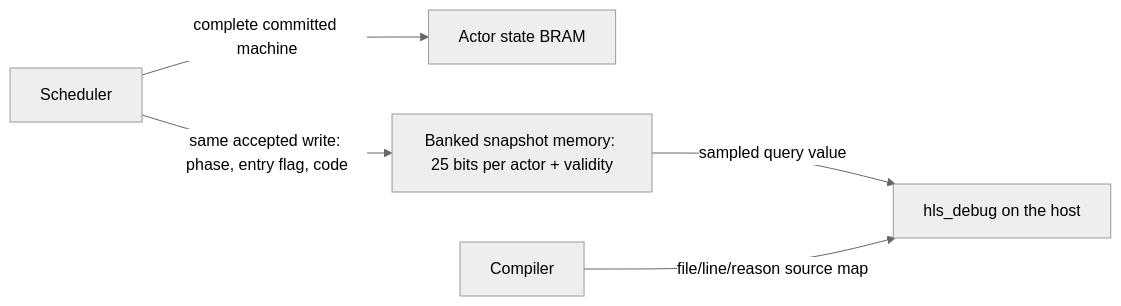
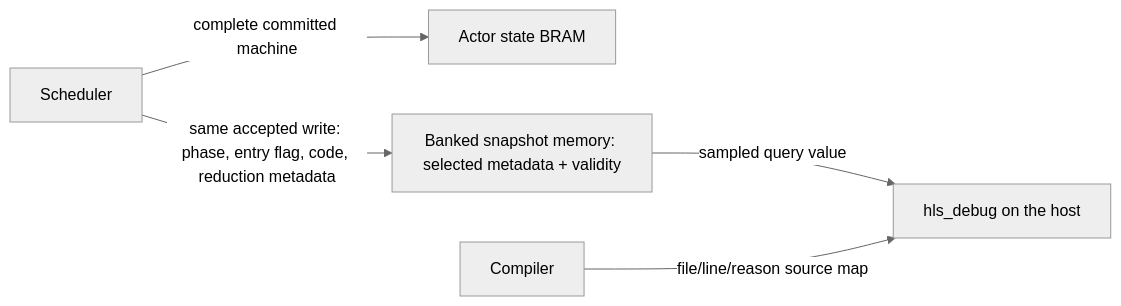
The diagram in docs/topology-debug.md (ecpeterson/erl_hls), drawn with Mermaid (neutral theme) before and after one commit. The commit also changed other lines of this file and 34 other files, not shown here.

````diff
--- a/docs/topology-debug.md
+++ b/docs/topology-debug.md
@@ -107,7 +107,7 @@
 ```mermaid
 flowchart LR
     Scheduler -->|complete committed machine| BRAM[Actor state BRAM]
-    Scheduler -->|same accepted write: phase, entry flag, code| Shadow[Banked snapshot memory: 25 bits per actor + validity]
+    Scheduler -->|same accepted write: phase, entry flag, code, reduction metadata| Shadow[Banked snapshot memory: selected metadata + validity]
     Shadow -->|sampled query value| Host[hls_debug on the host]
     Compiler -->|file/line/reason source map| Host
 ```
````
